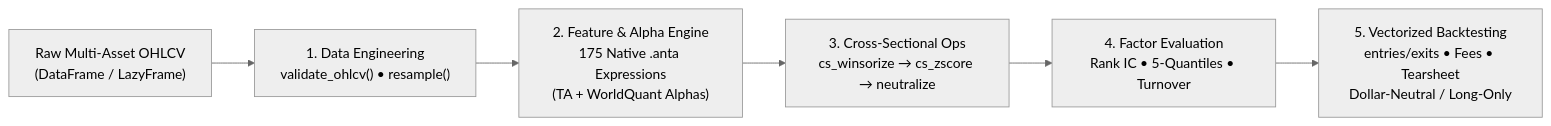
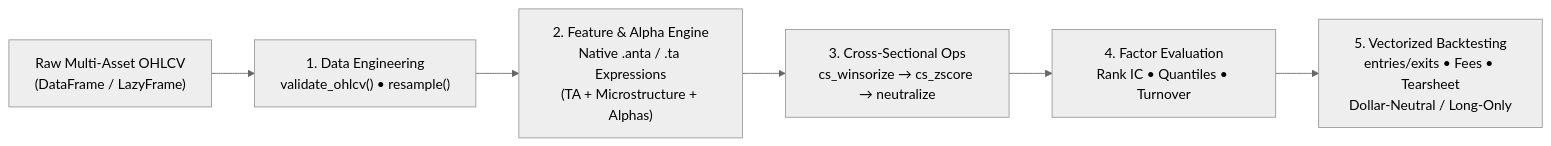
Before and after one commit to huuan26/polars-anta: the diagram in README.md, drawn with Mermaid (neutral theme). The commit also changed other lines of this file and 5 other files, not shown here.

````diff
--- a/README.md
+++ b/README.md
@@ -228,8 +228,8 @@
 ```mermaid
 flowchart LR
     A["Raw Multi-Asset OHLCV<br/>(DataFrame / LazyFrame)"] --> B["1. Data Engineering<br/>validate_ohlcv() • resample()"]
-    B --> C["2. Feature & Alpha Engine<br/>175 Native .anta Expressions<br/>(TA + WorldQuant Alphas)"]
+    B --> C["2. Feature & Alpha Engine<br/>Native .anta / .ta Expressions<br/>(TA + Microstructure + Alphas)"]
     C --> D["3. Cross-Sectional Ops<br/>cs_winsorize → cs_zscore → neutralize"]
-    D --> E["4. Factor Evaluation<br/>Rank IC • 5-Quantiles • Turnover"]
+    D --> E["4. Factor Evaluation<br/>Rank IC • Quantiles • Turnover"]
     E --> F["5. Vectorized Backtesting<br/>entries/exits • Fees • Tearsheet<br/>Dollar-Neutral / Long-Only"]
 ```
````
